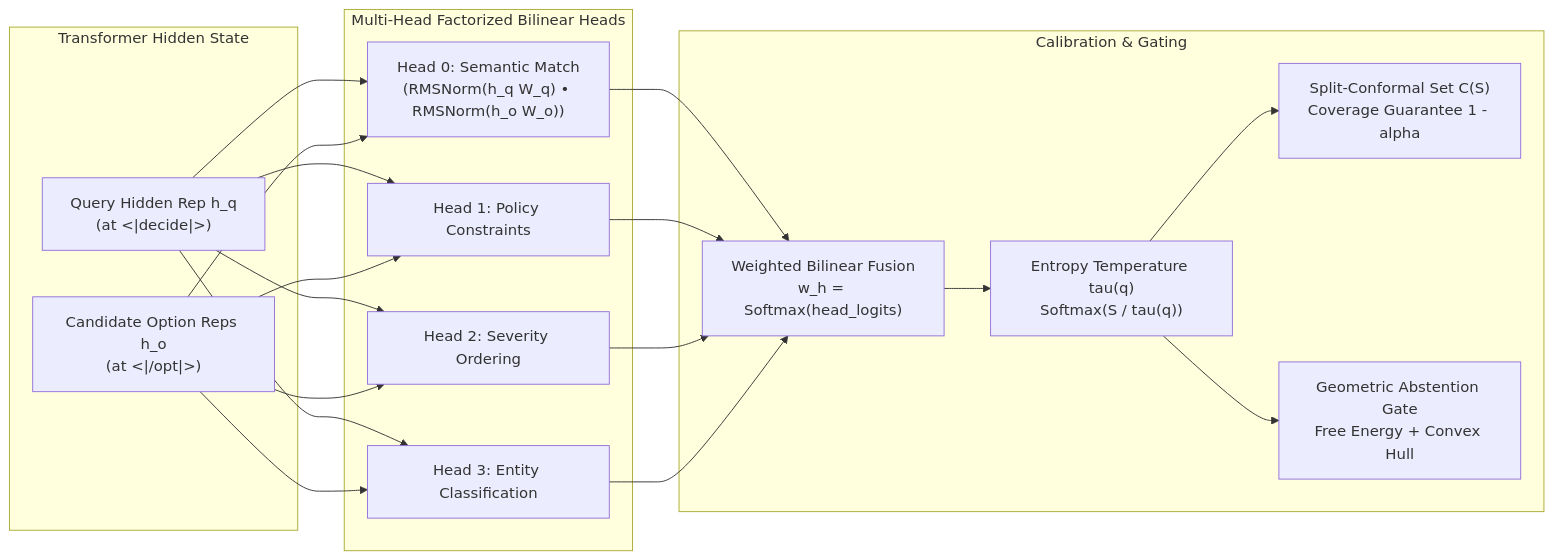
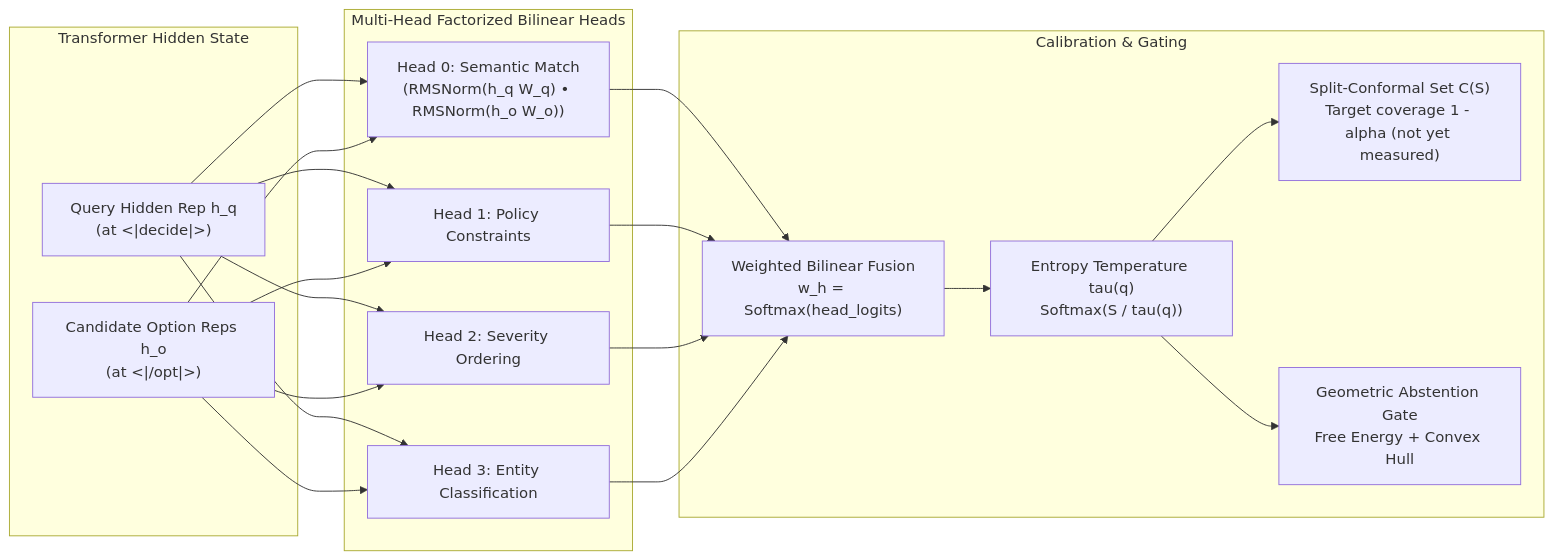
The second of 2 diagrams in README.md (Kivitas/RHEN), drawn with Mermaid before and after one commit. The commit also changed other lines of this file and 7 other files, not shown here.

````diff
--- a/README.md
+++ b/README.md
@@ -278,29 +278,29 @@
 ```mermaid
 flowchart LR
     subgraph Backbone["Transformer Hidden State"]
         Hq["Query Hidden Rep h_q<br/>(at &lt;|decide|&gt;)"]
         Ho["Candidate Option Reps h_o<br/>(at &lt;|/opt|&gt;)"]
     end
 
     subgraph PointerHeads["Multi-Head Factorized Bilinear Heads"]
         Head0["Head 0: Semantic Match<br/>(RMSNorm(h_q W_q) • RMSNorm(h_o W_o))"]
         Head1["Head 1: Policy Constraints"]
         Head2["Head 2: Severity Ordering"]
         Head3["Head 3: Entity Classification"]
     end
 
     subgraph Aggregation["Calibration & Gating"]
         WeightedSum["Weighted Bilinear Fusion<br/>w_h = Softmax(head_logits)"]
         TempScale["Entropy Temperature tau(q)<br/>Softmax(S / tau(q))"]
-        Conformal["Split-Conformal Set C(S)<br/>Coverage Guarantee 1 - alpha"]
+        Conformal["Split-Conformal Set C(S)<br/>Target coverage 1 - alpha (not yet measured)"]
         AbstentionGate["Geometric Abstention Gate<br/>Free Energy + Convex Hull"]
     end
 
     Hq --> Head0 & Head1 & Head2 & Head3
     Ho --> Head0 & Head1 & Head2 & Head3
 
     Head0 & Head1 & Head2 & Head3 --> WeightedSum
     WeightedSum --> TempScale
     TempScale --> Conformal
     TempScale --> AbstentionGate
 ```
````
